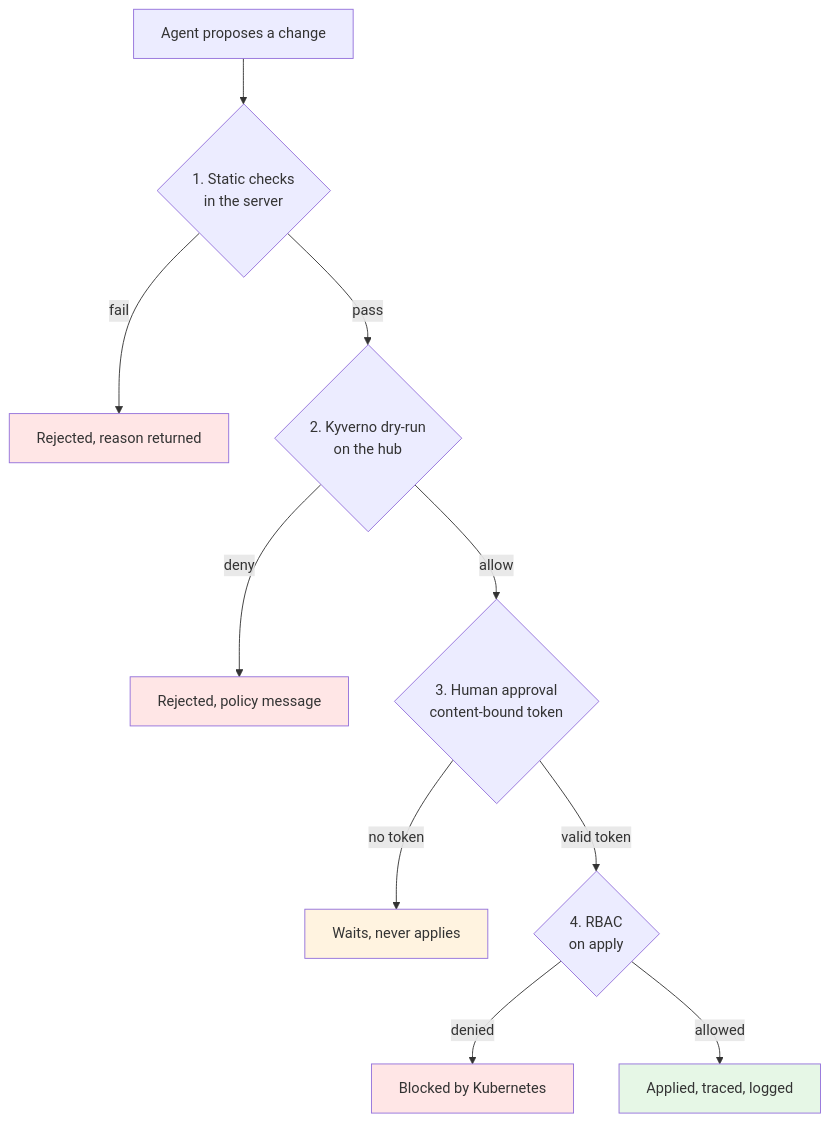
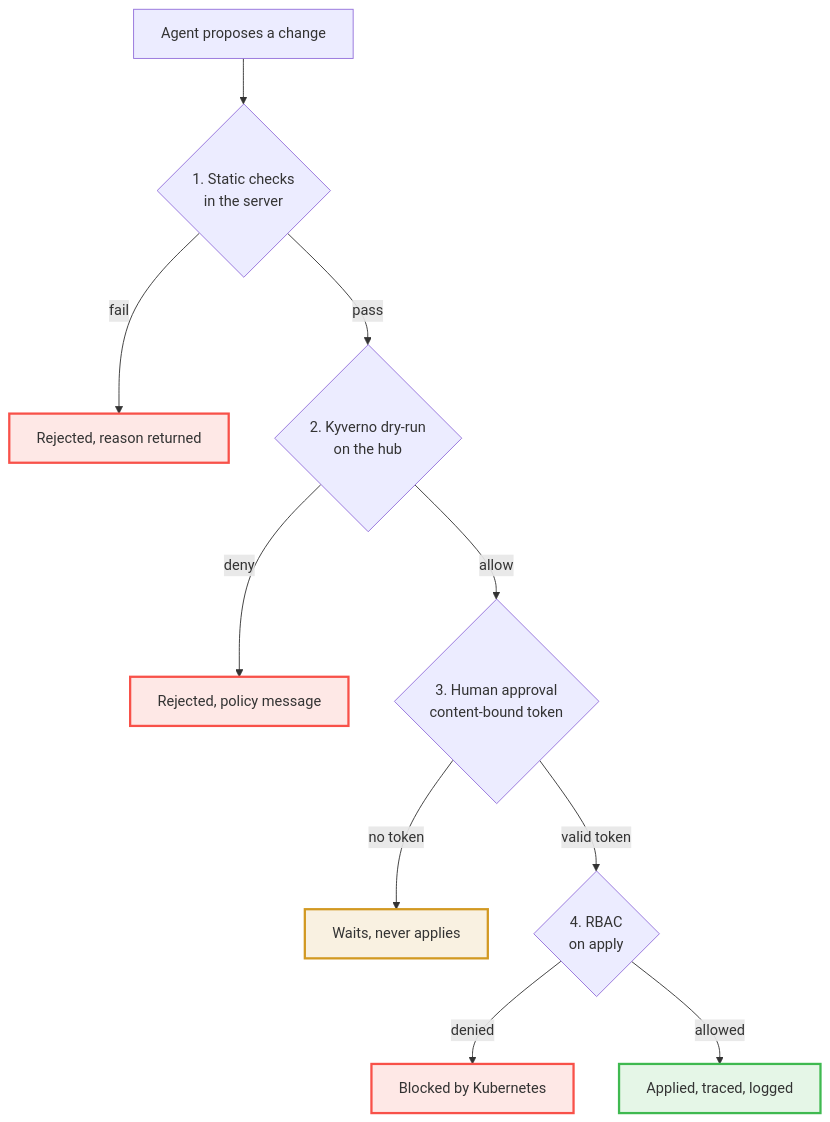
Before and after one commit to ocm-mcp-server/ocm-mcp-server: the first of 2 diagrams in wiki/Guardrails-Deep-Dive.md, drawn with Mermaid. The commit also changed 8 other files, not shown here.

````diff
--- a/wiki/Guardrails-Deep-Dive.md
+++ b/wiki/Guardrails-Deep-Dive.md
@@ -9,17 +9,18 @@
 ```mermaid
 flowchart TD
     P[Agent proposes a change] --> L1
     L1{1. Static checks<br/>in the server} -->|fail| R1[Rejected, reason returned]
     L1 -->|pass| L2
     L2{2. Kyverno dry-run<br/>on the hub} -->|deny| R2[Rejected, policy message]
     L2 -->|allow| L3
     L3{3. Human approval<br/>content-bound token} -->|no token| R3[Waits, never applies]
     L3 -->|valid token| L4
     L4{4. RBAC<br/>on apply} -->|denied| R4[Blocked by Kubernetes]
     L4 -->|allowed| OK[Applied, traced, logged]
-    style OK fill:#e6f7e6
-    style R1 fill:#ffe6e6
-    style R2 fill:#ffe6e6
-    style R3 fill:#fff3e0
-    style R4 fill:#ffe6e6
+    classDef allowed stroke:#3fb950,stroke-width:2.5px,fill:#3fb95022
+    classDef refused stroke:#f85149,stroke-width:2.5px,fill:#f8514922
+    classDef waiting stroke:#d29922,stroke-width:2.5px,fill:#d2992222
+    class OK allowed
+    class R1,R2,R4 refused
+    class R3 waiting
 ```
````
